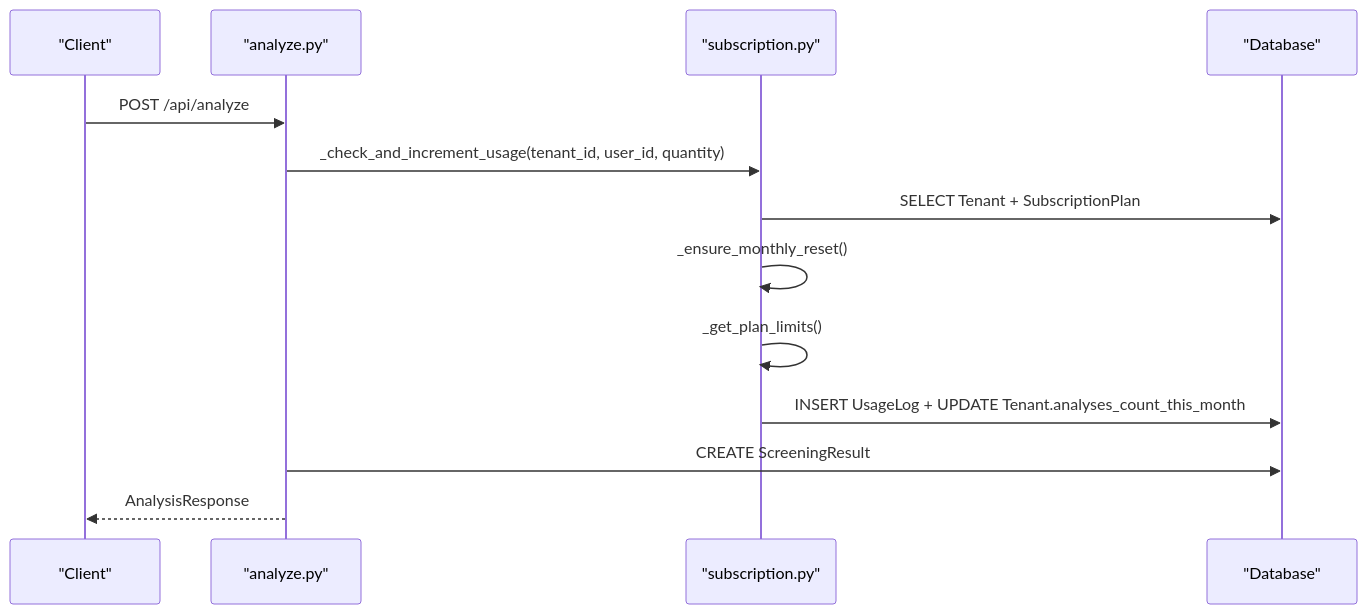
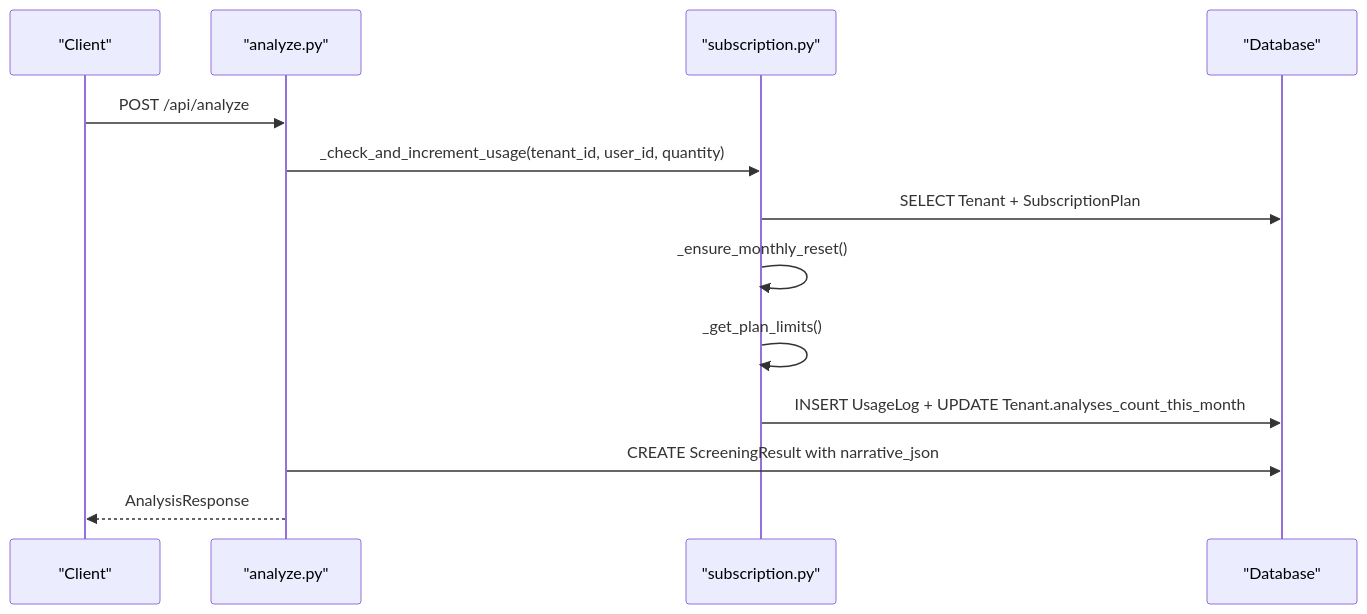
The third of 7 diagrams in .qoder/repowiki/en/content/Database Design/Database Design.md (Revanththetalogics/aireume), drawn with Mermaid before and after one commit. The commit also changed other lines of this file and 33 other files, not shown here.

````diff
--- a/.qoder/repowiki/en/content/Database Design/Database Design.md
+++ b/.qoder/repowiki/en/content/Database Design/Database Design.md
@@ -155,15 +177,15 @@
 ```mermaid
 sequenceDiagram
 participant Client as "Client"
 participant Route as "analyze.py"
 participant Sub as "subscription.py"
 participant DB as "Database"
 Client->>Route : POST /api/analyze
 Route->>Sub : _check_and_increment_usage(tenant_id, user_id, quantity)
 Sub->>DB : SELECT Tenant + SubscriptionPlan
 Sub->>Sub : _ensure_monthly_reset()
 Sub->>Sub : _get_plan_limits()
 Sub->>DB : INSERT UsageLog + UPDATE Tenant.analyses_count_this_month
-Route->>DB : CREATE ScreeningResult
+Route->>DB : CREATE ScreeningResult with narrative_json
 Route-->>Client : AnalysisResponse
 ```
````
